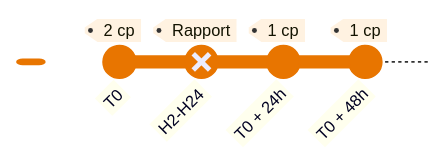
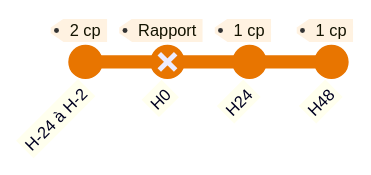
The third of 3 diagrams in content/recommandations/prophylaxie-preexposition-prep.md (djibe/recommandations-medicales), drawn with Mermaid before and after one commit. The commit also changed other lines of this file, not shown here.

```diff
--- a/content/recommandations/prophylaxie-preexposition-prep.md
+++ b/content/recommandations/prophylaxie-preexposition-prep.md
@@ -325,8 +335,8 @@
-{{< mermaid title="Utilisation de la PrEP en schéma discontinu (homme/femme transgenre uniquement hors VHB actif). Dr JB Fron d'après HAS 2024" >}}
-%%{init: { 'gitGraph': { 'mainBranchName': '' }, 'themeVariables': { 'git0' : '#e87500', 'tagLabelBackground': '#FFF2E1', 'tagLabelBorder': '#fff' }}}%%
+{{< mermaid title="Utilisation de la PrEP orale en schéma discontinu (homme cisgenre/femme transgenre uniquement hors VHB actif ou hormones féminisantes). Dr JB Fron d'après HAS 2025" >}}
+%%{init: { 'gitGraph': { 'showBranches': false }, 'themeVariables': { 'git0' : '#e87500', 'tagLabelBackground': '#FFF2E1', 'tagLabelBorder': '#fff' }}}%%
 gitGraph
-  commit id: "T0" tag: "2 cp"
-  commit id: "H2-H24" tag: "Rapport" type: REVERSE
-  commit id: "T0 + 24h" tag: "1 cp"
-  commit id: "T0 + 48h" tag: "1 cp"
+  commit id: "H-24 à H-2" tag: "2 cp"
+  commit id: "H0" tag: "Rapport" type: REVERSE
+  commit id: "H24" tag: "1 cp"
+  commit id: "H48" tag: "1 cp"
 {{< /mermaid >}}
```
